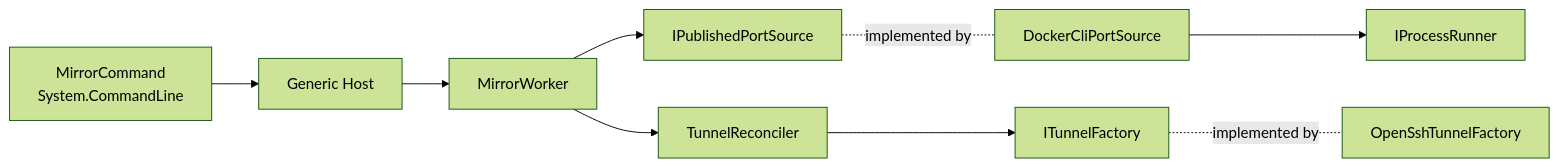
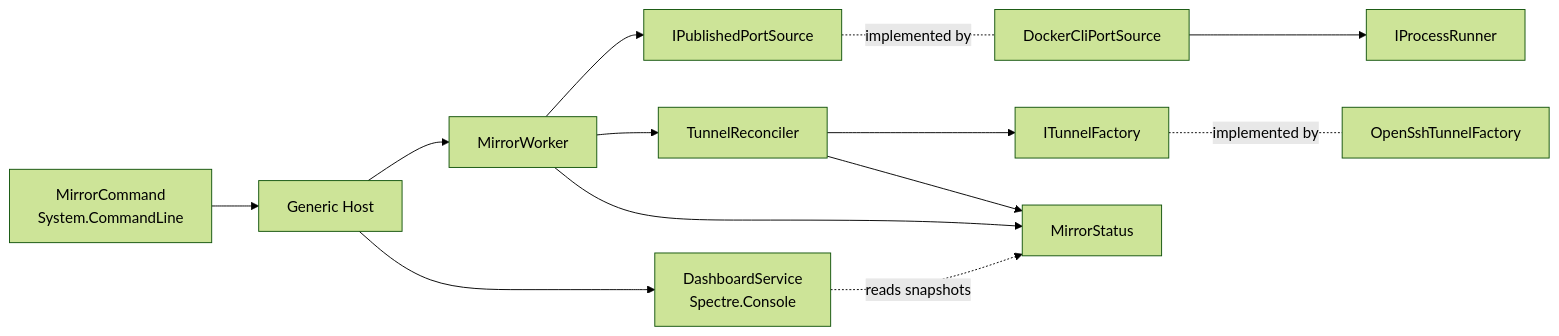
The diagram in CONTRIBUTING.md (william-liebenberg/DockerPortMirror), drawn with Mermaid (forest theme) before and after one commit. The commit also changed other lines of this file and 33 other files, not shown here.

First line of the commit message:
Add a live Spectre.Console dashboard with container names

````diff
--- a/CONTRIBUTING.md
+++ b/CONTRIBUTING.md
@@ -25,11 +25,15 @@
 ```mermaid
 flowchart LR
   CLI[MirrorCommand<br/>System.CommandLine] --> Host[Generic Host]
   Host --> Worker[MirrorWorker]
   Worker --> Source[IPublishedPortSource]
   Worker --> Reconciler[TunnelReconciler]
   Reconciler --> Factory[ITunnelFactory]
   Source -.implemented by.- DockerCli[DockerCliPortSource]
   Factory -.implemented by.- OpenSsh[OpenSshTunnelFactory]
   DockerCli --> Runner[IProcessRunner]
+  Worker --> Status[MirrorStatus]
+  Reconciler --> Status
+  Host --> Dashboard[DashboardService<br/>Spectre.Console]
+  Dashboard -.reads snapshots.-> Status
 ```
````
